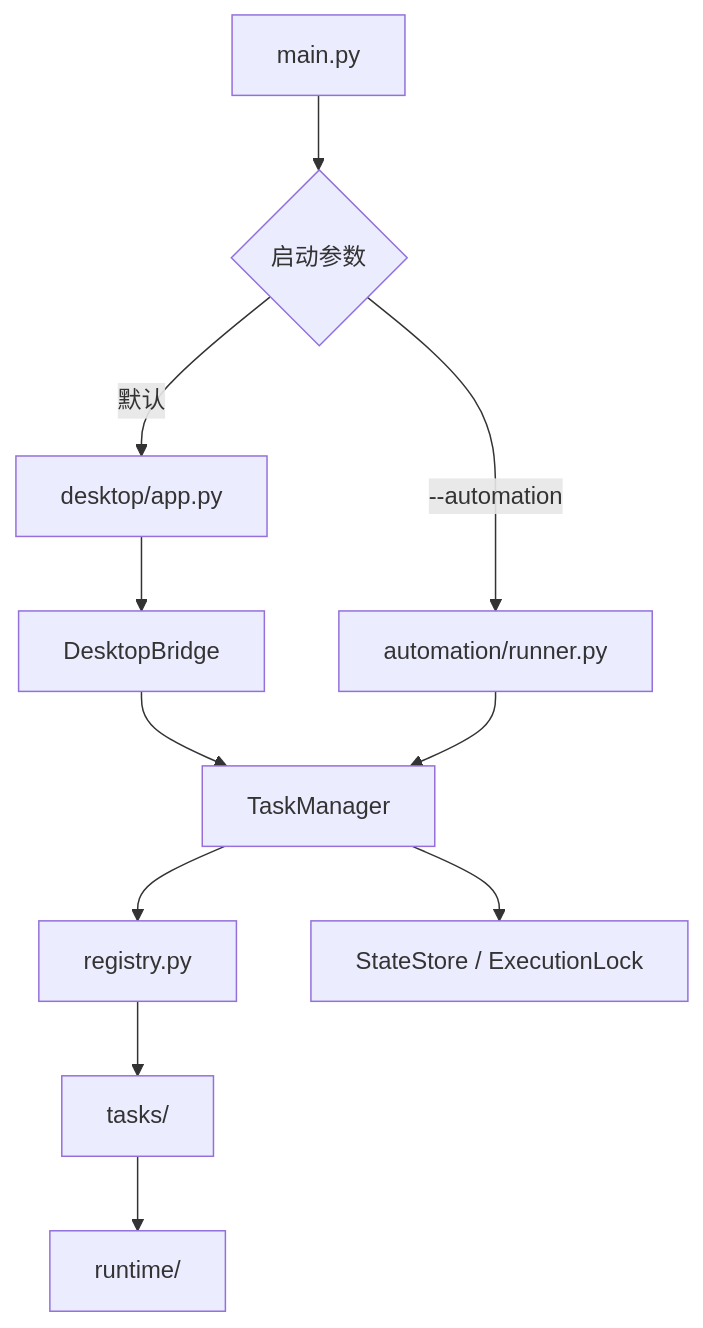
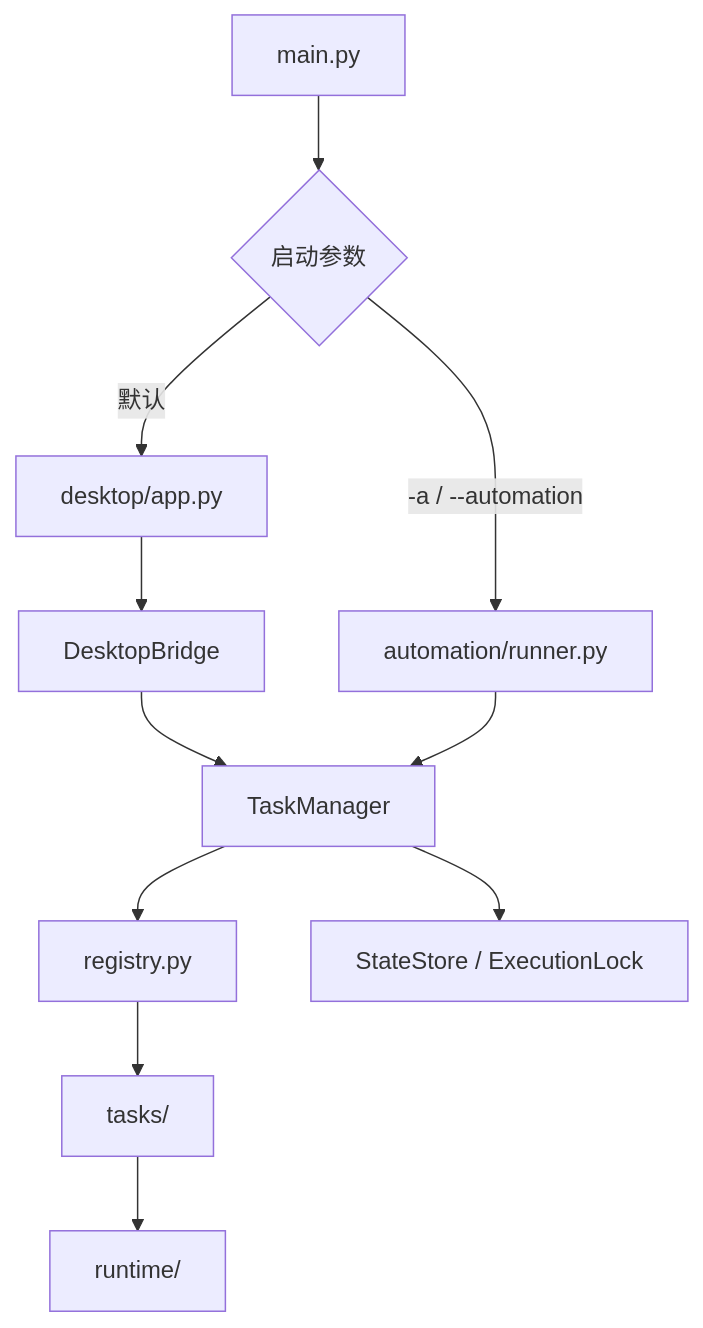
The diagram in docs/architecture.md (amingnn/autogame), drawn with Mermaid before and after one commit. The commit also changed other lines of this file and 16 other files, not shown here.

````diff
--- a/docs/architecture.md
+++ b/docs/architecture.md
@@ -64,13 +59,13 @@
 ```mermaid
 flowchart TD
     A["main.py"] --> B{"启动参数"}
     B -->|"默认"| C["desktop/app.py"]
-    B -->|"--automation"| D["automation/runner.py"]
+    B -->|"-a / --automation"| D["automation/runner.py"]
     C --> E["DesktopBridge"]
     E --> F["TaskManager"]
     D --> F
     F --> G["registry.py"]
     G --> H["tasks/"]
     H --> I["runtime/"]
     F --> J["StateStore / ExecutionLock"]
 ```
````
